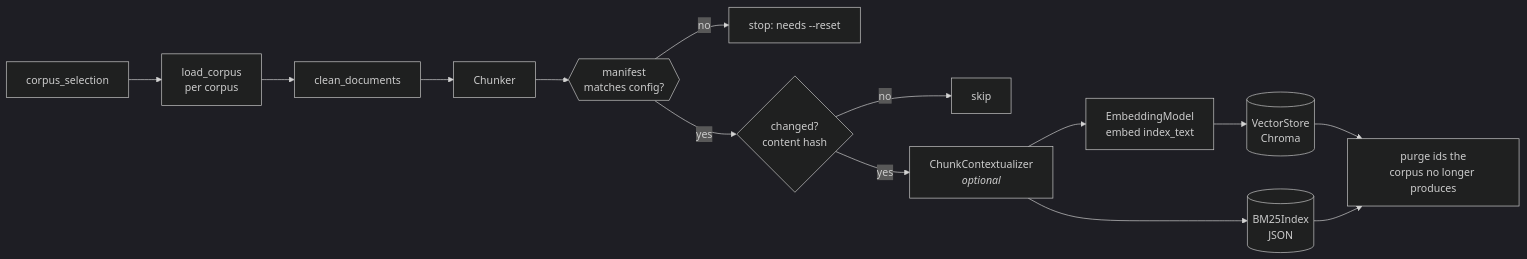
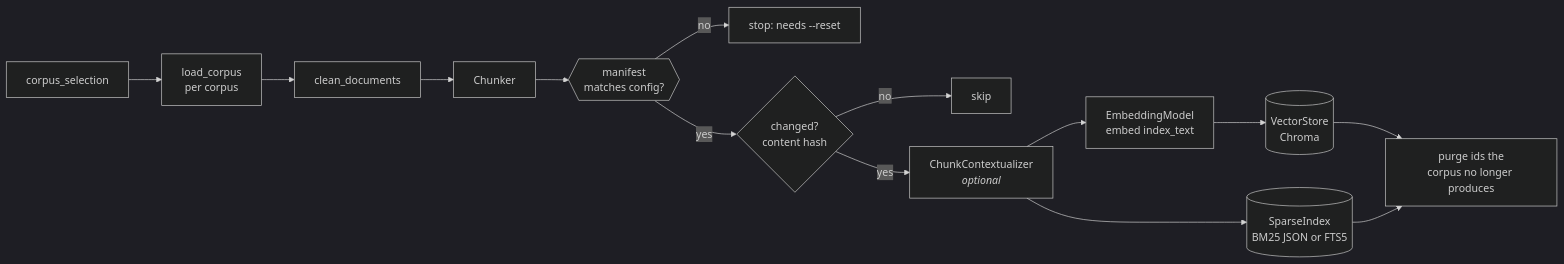
The first of 2 diagrams in docs/architecture.md (bwu1234/rag-toolkit), drawn with Mermaid (dark theme) before and after one commit. The commit also changed other lines of this file and 19 other files, not shown here.

````diff
--- a/docs/architecture.md
+++ b/docs/architecture.md
@@ -27,15 +27,15 @@
 ```mermaid
 flowchart LR
     A[corpus_selection] --> B[load_corpus<br/>per corpus]
     B --> C[clean_documents]
     C --> D[Chunker]
     D --> M{{manifest<br/>matches config?}}
     M -- no --> X[stop: needs --reset]
     M -- yes --> E{changed?<br/>content hash}
     E -- no --> S[skip]
     E -- yes --> F[ChunkContextualizer<br/><i>optional</i>]
     F --> G[EmbeddingModel<br/>embed index_text]
     G --> H[(VectorStore<br/>Chroma)]
-    F --> I[(BM25Index<br/>JSON)]
+    F --> I[(SparseIndex<br/>BM25 JSON or FTS5)]
     H & I --> P[purge ids the<br/>corpus no longer produces]
 ```
````
